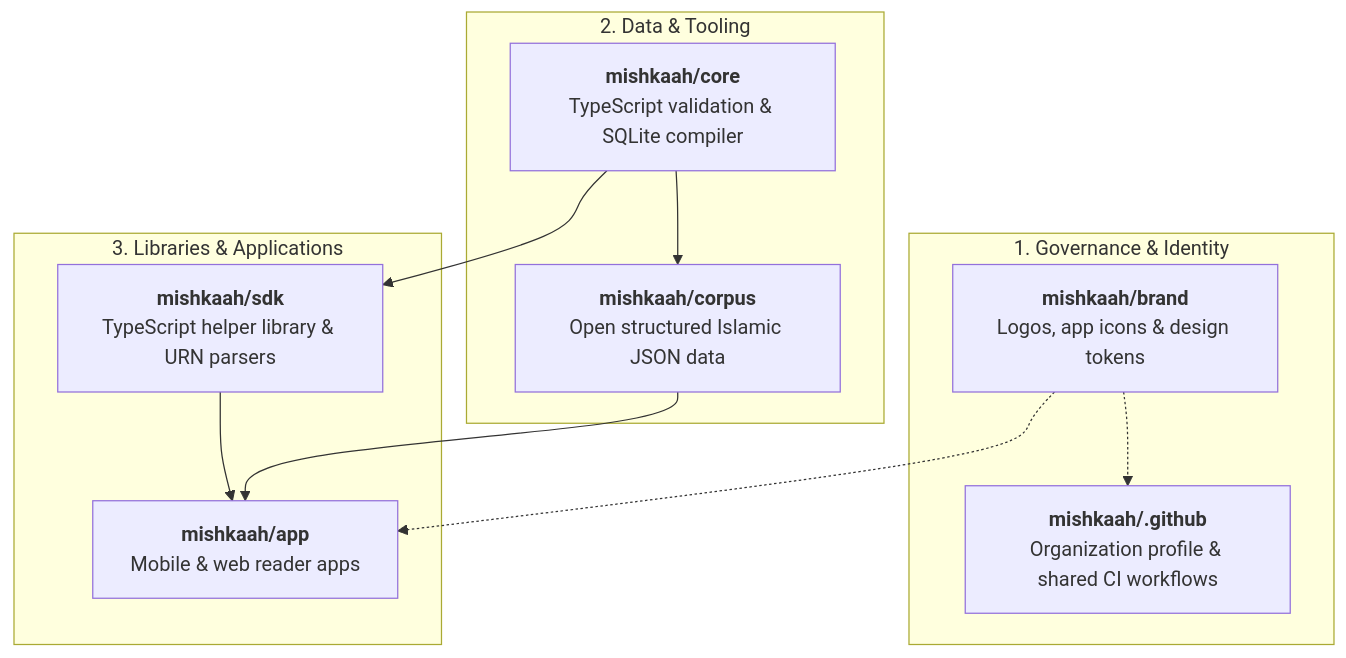
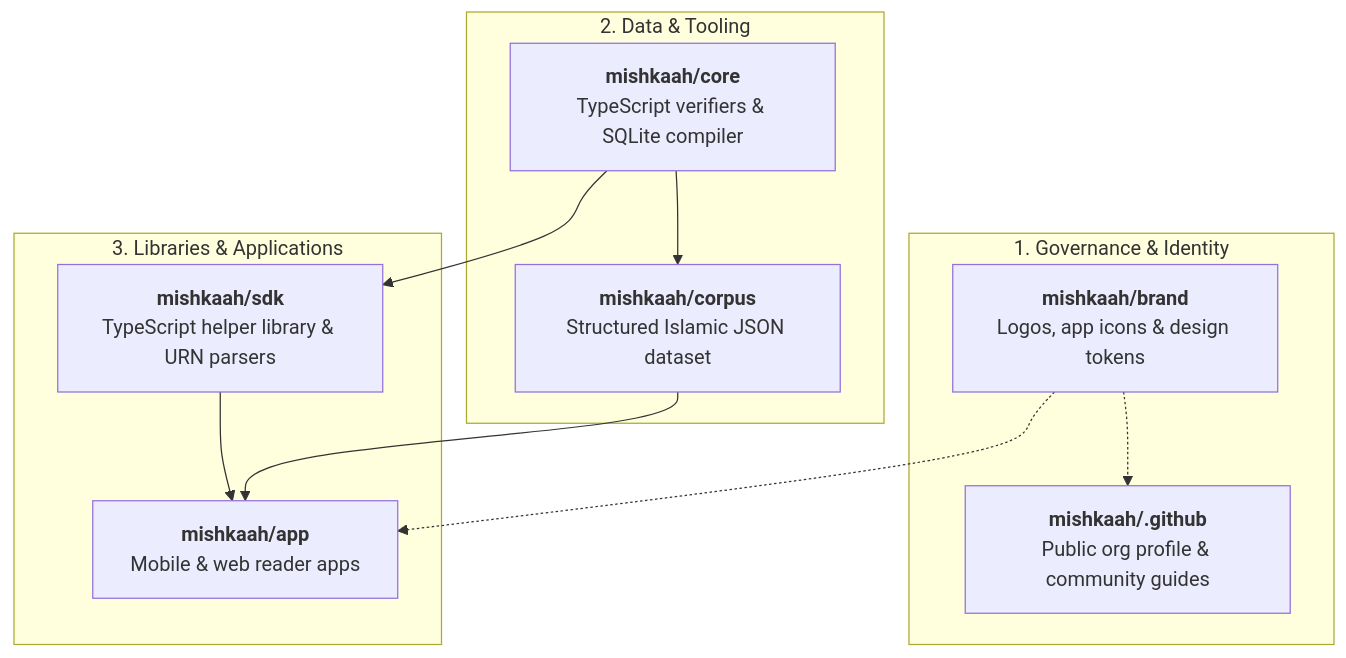
Before and after one commit to mishkaah/.github: the diagram in README.md, drawn with Mermaid. The commit also changed other lines of this file and 13 other files, not shown here.

Commit message:
docs(profile): public onboarding guides, issue templates, and bilingual portal redesign

````diff
--- a/README.md
+++ b/README.md
@@ -93,24 +98,24 @@
 ```mermaid
 flowchart TD
     subgraph Governance["1. Governance & Identity"]
-        DOTGITHUB["<b>mishkaah/.github</b><br/>Organization profile & shared CI workflows"]
+        DOTGITHUB["<b>mishkaah/.github</b><br/>Public org profile & community guides"]
         BRAND["<b>mishkaah/brand</b><br/>Logos, app icons & design tokens"]
     end
 
     subgraph DataAndCore["2. Data & Tooling"]
-        CORPUS["<b>mishkaah/corpus</b><br/>Open structured Islamic JSON data"]
-        CORE["<b>mishkaah/core</b><br/>TypeScript validation & SQLite compiler"]
+        CORPUS["<b>mishkaah/corpus</b><br/>Structured Islamic JSON dataset"]
+        CORE["<b>mishkaah/core</b><br/>TypeScript verifiers & SQLite compiler"]
     end
 
     subgraph LibrariesAndApps["3. Libraries & Applications"]
         SDK["<b>mishkaah/sdk</b><br/>TypeScript helper library & URN parsers"]
         APP["<b>mishkaah/app</b><br/>Mobile & web reader apps"]
     end
 
     BRAND -.-> DOTGITHUB
     BRAND -.-> APP
     CORE --> CORPUS
     CORE --> SDK
     SDK --> APP
     CORPUS --> APP
 ```
````
